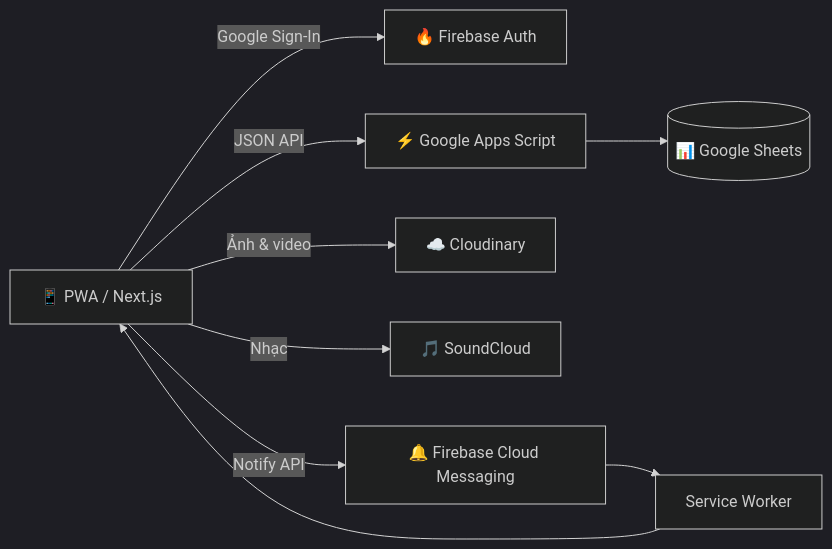
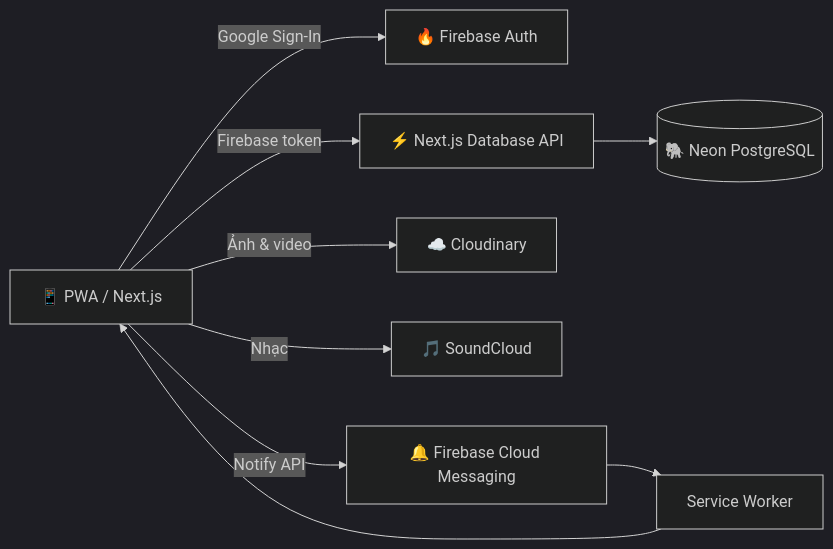
The diagram in README.md (Kzi207/l-p), drawn with Mermaid (dark theme) before and after one commit. The commit also changed other lines of this file and 17 other files, not shown here.

````diff
--- a/README.md
+++ b/README.md
@@ -80,11 +80,11 @@
 ```mermaid
 flowchart LR
     A[📱 PWA / Next.js] -->|Google Sign-In| B[🔥 Firebase Auth]
-    A -->|JSON API| C[⚡ Google Apps Script]
-    C --> D[(📊 Google Sheets)]
+    A -->|Firebase token| C[⚡ Next.js Database API]
+    C --> D[(🐘 Neon PostgreSQL)]
     A -->|Ảnh & video| E[☁️ Cloudinary]
     A -->|Nhạc| F[🎵 SoundCloud]
     A -->|Notify API| G[🔔 Firebase Cloud Messaging]
     G --> H[Service Worker]
     H --> A
 ```
````
